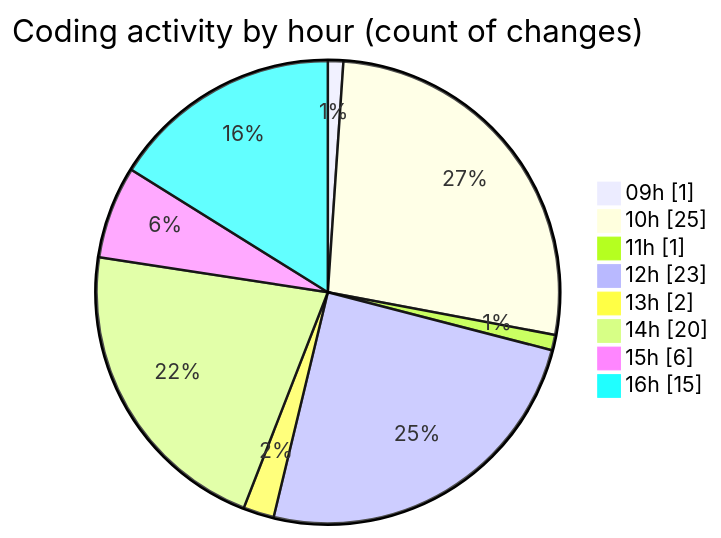
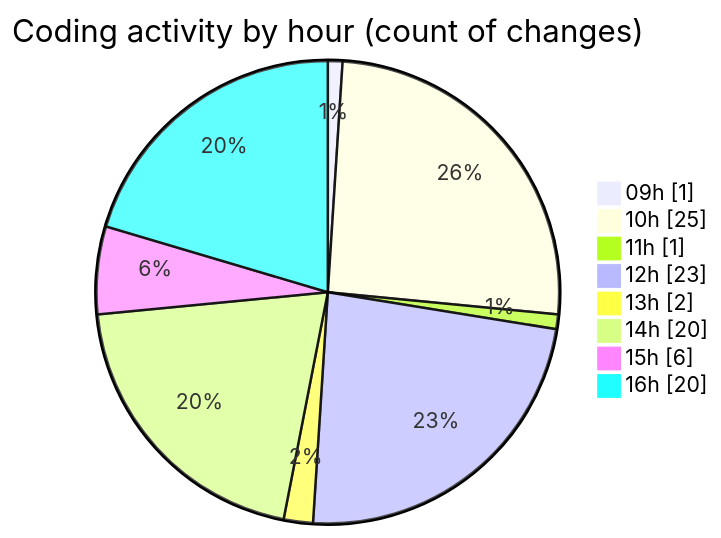
Before and after one commit to momahboobian/code-tracking: the second of 2 diagrams in 2026-04-15/cda/README.md, drawn with Mermaid. The commit also changed other lines of this file and 1 other file, not shown here.

````diff
--- a/2026-04-15/cda/README.md
+++ b/2026-04-15/cda/README.md
@@ -46,12 +46,12 @@
 ```mermaid
 pie showData
 title Coding activity by hour (count of changes)
 "09h" : 1
 "10h" : 25
 "11h" : 1
 "12h" : 23
 "13h" : 2
 "14h" : 20
 "15h" : 6
-"16h" : 15
+"16h" : 20
 ```
````
